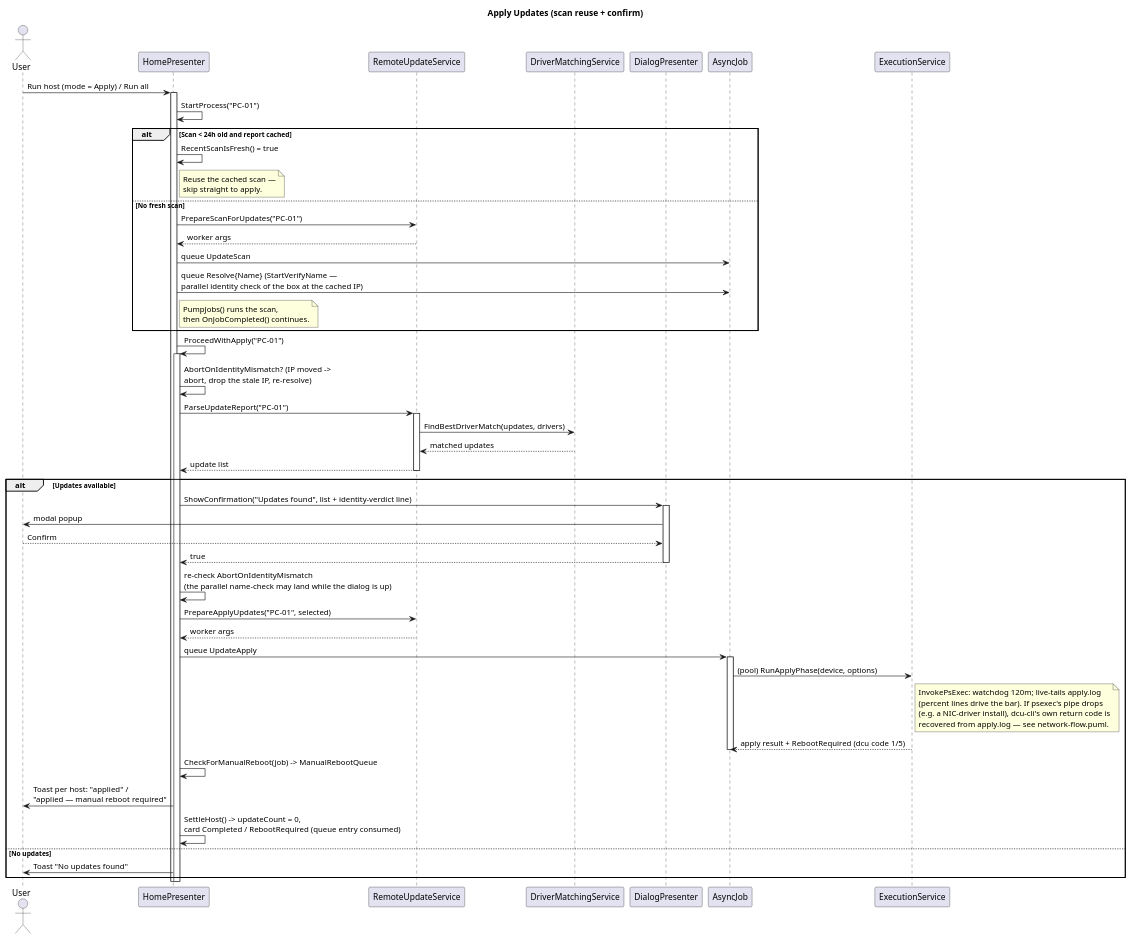
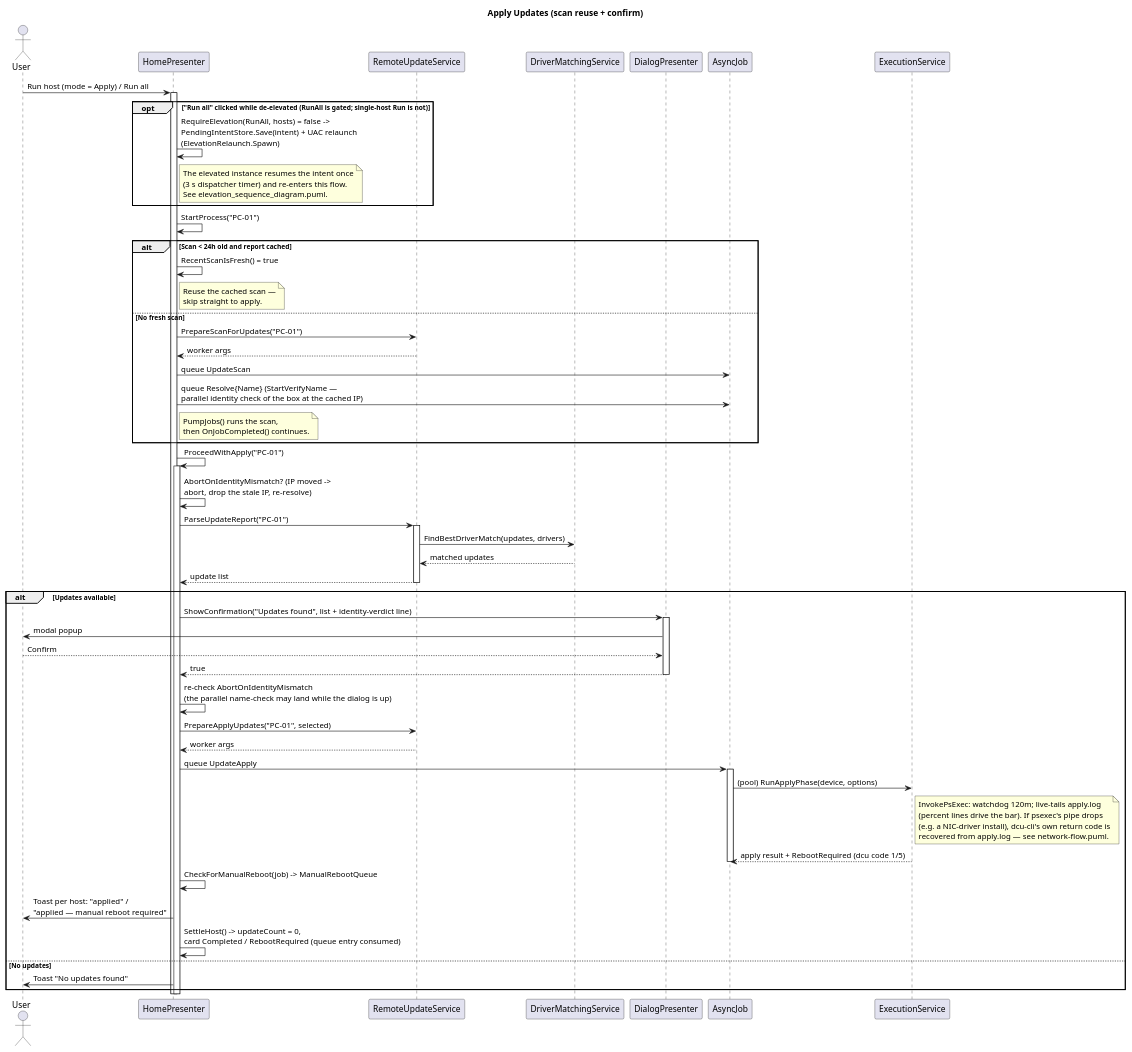
One commit to Danial-Changez/DONUT changed the diagram in docs/diagrams/applyUpdates_sequence_diagram.puml. Above: the diagram before and after it, drawn with PlantUML. The commit also changed 16 other files, not shown here.

```diff
--- a/docs/diagrams/applyUpdates_sequence_diagram.puml
+++ b/docs/diagrams/applyUpdates_sequence_diagram.puml
@@ -1,62 +1,68 @@
 @startuml applyUpdates_sequence_diagram
 title Apply Updates (scan reuse + confirm)
 
 actor User
 participant "HomePresenter" as Presenter
 participant "RemoteUpdateService" as Update
 participant "DriverMatchingService" as Matcher
 participant "DialogPresenter" as Dialog
 participant "AsyncJob" as Job
 participant "ExecutionService" as Exec
 
 User -> Presenter: Run host (mode = Apply) / Run all
 activate Presenter
+
+opt "Run all" clicked while de-elevated (RunAll is gated; single-host Run is not)
+    Presenter -> Presenter: RequireElevation(RunAll, hosts) = false ->\nPendingIntentStore.Save(intent) + UAC relaunch\n(ElevationRelaunch.Spawn)
+    note right of Presenter: The elevated instance resumes the intent once\n(3 s dispatcher timer) and re-enters this flow.\nSee elevation_sequence_diagram.puml.
+end
+
 Presenter -> Presenter: StartProcess("PC-01")
 
 alt Scan < 24h old and report cached
     Presenter -> Presenter: RecentScanIsFresh() = true
     note right of Presenter: Reuse the cached scan —\nskip straight to apply.
 else No fresh scan
     Presenter -> Update: PrepareScanForUpdates("PC-01")
     Update --> Presenter: worker args
     Presenter -> Job: queue UpdateScan
     Presenter -> Job: queue Resolve{Name} (StartVerifyName —\nparallel identity check of the box at the cached IP)
     note right of Presenter: PumpJobs() runs the scan,\nthen OnJobCompleted() continues.
 end
 
 Presenter -> Presenter: ProceedWithApply("PC-01")
 activate Presenter
 Presenter -> Presenter: AbortOnIdentityMismatch? (IP moved ->\nabort, drop the stale IP, re-resolve)
 Presenter -> Update: ParseUpdateReport("PC-01")
 activate Update
 Update -> Matcher: FindBestDriverMatch(updates, drivers)
 Matcher --> Update: matched updates
 Update --> Presenter: update list
 deactivate Update
 
 alt Updates available
     Presenter -> Dialog: ShowConfirmation("Updates found", list + identity-verdict line)
     activate Dialog
     Dialog -> User: modal popup
     User --> Dialog: Confirm
     Dialog --> Presenter: true
     deactivate Dialog
     Presenter -> Presenter: re-check AbortOnIdentityMismatch\n(the parallel name-check may land while the dialog is up)
 
     Presenter -> Update: PrepareApplyUpdates("PC-01", selected)
     Update --> Presenter: worker args
     Presenter -> Job: queue UpdateApply
     activate Job
     Job -> Exec: (pool) RunApplyPhase(device, options)
     note right of Exec: InvokePsExec: watchdog 120m; live-tails apply.log\n(percent lines drive the bar). If psexec's pipe drops\n(e.g. a NIC-driver install), dcu-cli's own return code is\nrecovered from apply.log — see network-flow.puml.
     Exec --> Job: apply result + RebootRequired (dcu code 1/5)
     deactivate Job
     Presenter -> Presenter: CheckForManualReboot(job) -> ManualRebootQueue
     Presenter -> User: Toast per host: "applied" /\n"applied — manual reboot required"
     Presenter -> Presenter: SettleHost() -> updateCount = 0,\ncard Completed / RebootRequired (queue entry consumed)
 else No updates
     Presenter -> User: Toast "No updates found"
 end
 deactivate Presenter
 deactivate Presenter
 @enduml
```
